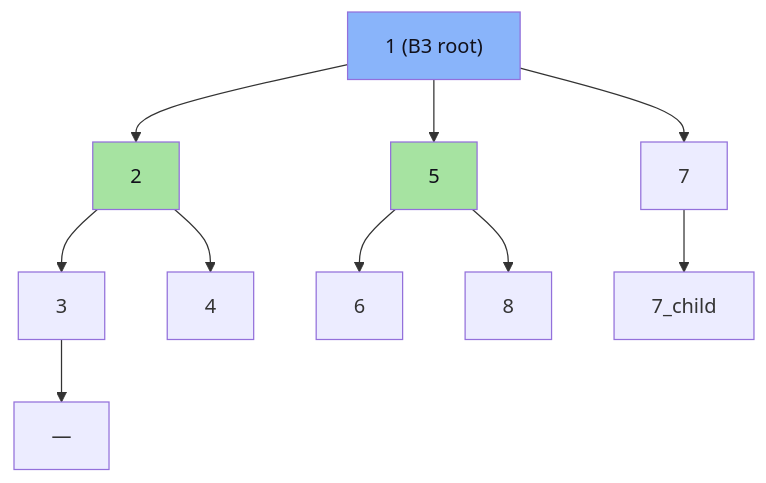
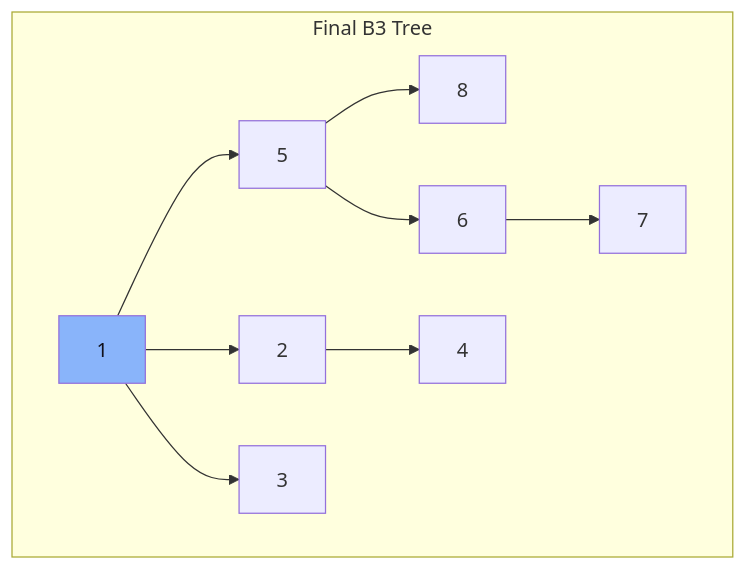
One commit to DeepLumiere/DeepSkills changed diagram 38 of 59 in notes/design_and_analysis_of_algorithms/Unit_04_Advanced_Data_Structures.md. Above: the diagram before and after it, drawn with Mermaid. The commit also changed other lines of this file, not shown here.

````diff
--- a/notes/design_and_analysis_of_algorithms/Unit_04_Advanced_Data_Structures.md
+++ b/notes/design_and_analysis_of_algorithms/Unit_04_Advanced_Data_Structures.md
@@ -912,15 +1141,13 @@
 ```mermaid
 flowchart TD
-    union_result["1 (B3 root)"] --> ur1["2"]
-    union_result --> ur2["5"]
-    union_result --> ur3["7"]
-    ur1 --> ur1c1["3"]
-    ur1 --> ur1c2["4"]
-    ur2 --> ur2c1["6"]
-    ur2 --> ur2c2["8"]
-    ur3 --> ur3c1["7_child"]
-    ur1c1 --> leaf1["—"]
-    style union_result fill:#89b4fa,color:#11111b
-    style ur1 fill:#a6e3a1,color:#11111b
-    style ur2 fill:#a6e3a1,color:#11111b
+    subgraph "Final B3 Tree"
+        u3_1["1"] --> u3_5["5"]
+        u3_1 --> u3_2["2"]
+        u3_1 --> u3_3["3"]
+        u3_5 --> u3_8["8"]
+        u3_5 --> u3_6["6"]
+        u3_6 --> u3_7["7"]
+        u3_2 --> u3_4["4"]
+    end
+    style u3_1 fill:#89b4fa,color:#11111b
 ```
````
